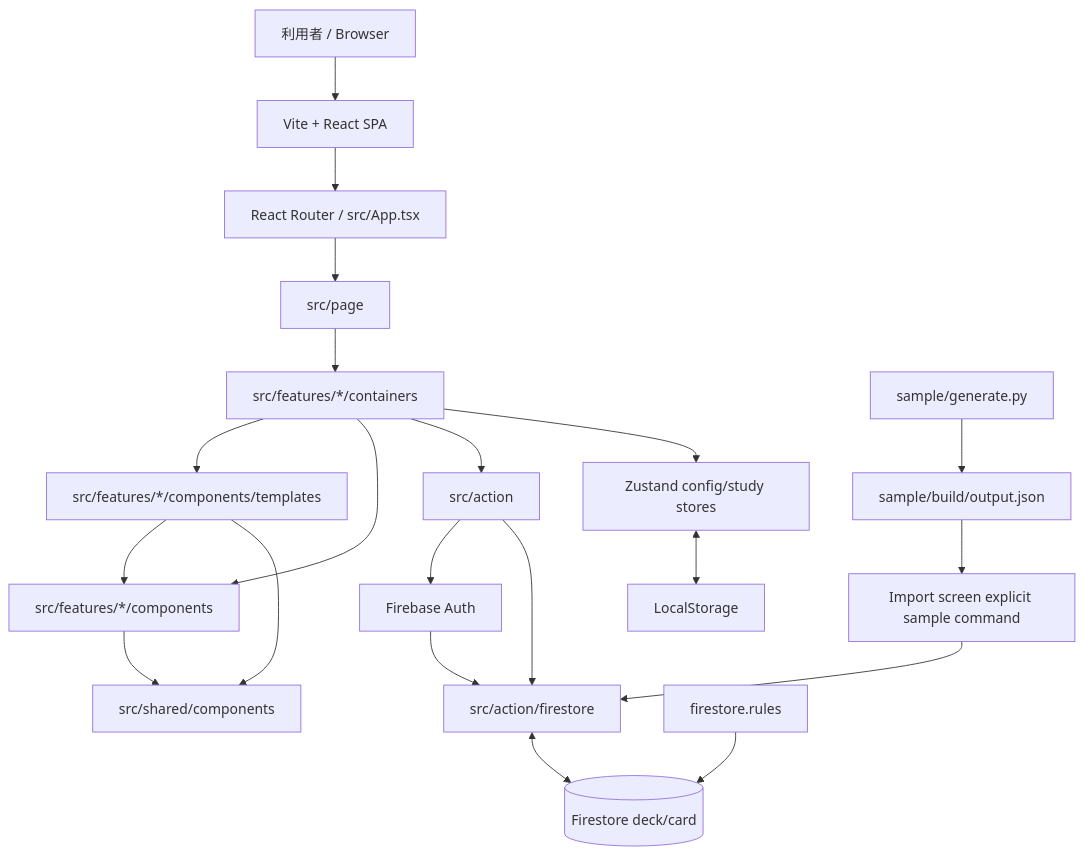
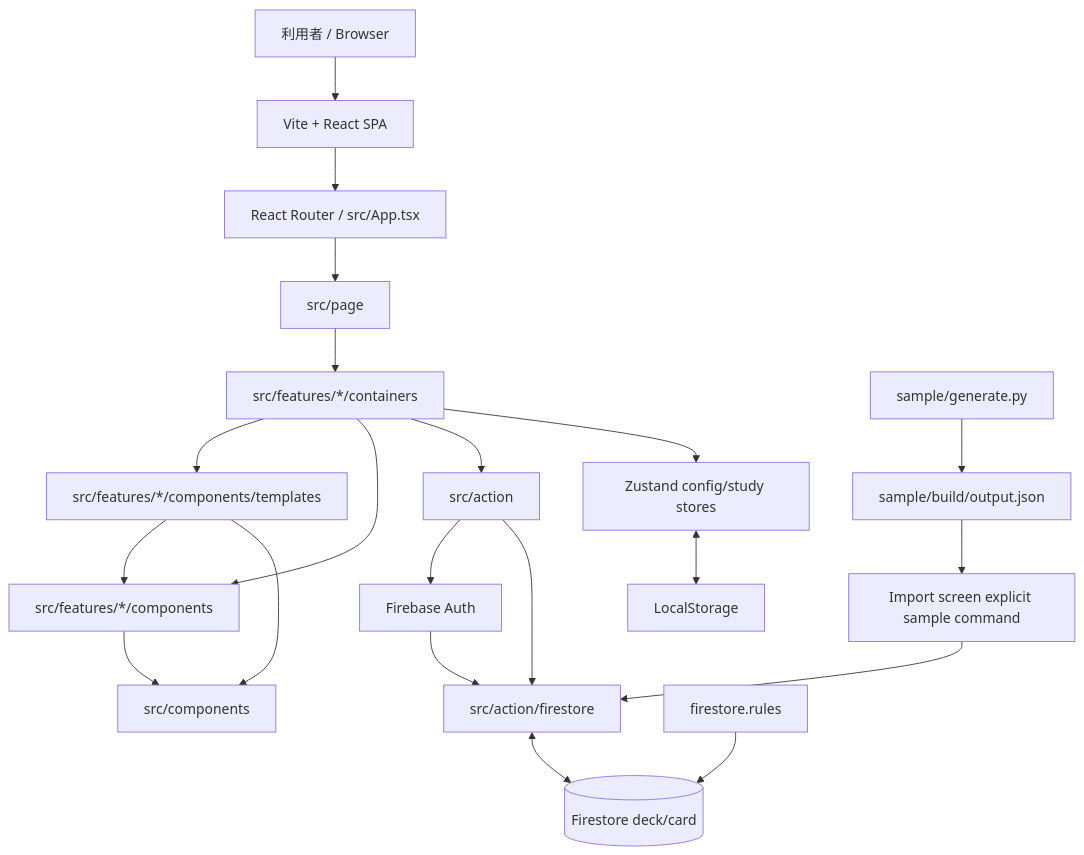
Before and after one commit to her0e1c1/tango: the first of 3 diagrams in docs/summary/architecture.md, drawn with Mermaid. The commit also changed other lines of this file and 200 other files, not shown here.

````diff
--- a/docs/summary/architecture.md
+++ b/docs/summary/architecture.md
@@ -5,27 +5,27 @@
 ```mermaid
 flowchart TD
     User[利用者 / Browser] --> SPA[Vite + React SPA]
     SPA --> Router[React Router / src/App.tsx]
     Router --> Pages[src/page]
     Pages --> Containers[src/features/*/containers]
     Containers --> Templates[src/features/*/components/templates]
     Containers --> FeatureUI[src/features/*/components]
     Templates --> FeatureUI
-    Templates --> SharedUI[src/shared/components]
-    FeatureUI --> SharedUI
+    Templates --> CommonUI[src/components]
+    FeatureUI --> CommonUI
 
     Containers --> Actions[src/action]
     Containers --> Zustand[Zustand config/study stores]
     Zustand <--> Persist[LocalStorage]
 
     Actions --> FirebaseAuth[Firebase Auth]
     Actions --> FirestoreGateway[src/action/firestore]
     FirestoreGateway <--> Firestore[(Firestore deck/card)]
     FirebaseAuth --> FirestoreGateway
 
     SamplePy[sample/generate.py] --> SampleJson[sample/build/output.json]
     SampleJson --> Import[Import screen explicit sample command]
     Import --> FirestoreGateway
 
     FirestoreRules[firestore.rules] --> Firestore
 ```
````
